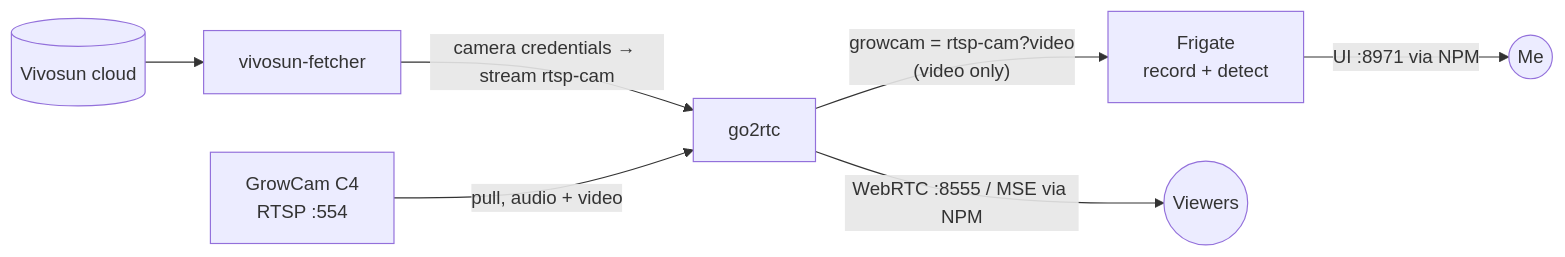
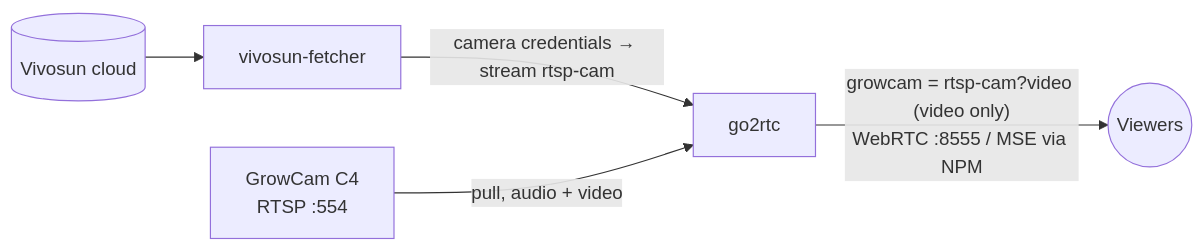
The diagram in stacks/camera/README.md (iGridZ/homelab), drawn with Mermaid before and after one commit. The commit also changed other lines of this file and 6 other files, not shown here.

First line of the commit message:
chore(camera): remove Frigate, go2rtc stays as viewer

````diff
--- a/stacks/camera/README.md
+++ b/stacks/camera/README.md
@@ -12,9 +12,7 @@
 ```mermaid
 flowchart LR
     vivo[(Vivosun cloud)] --> fetch[vivosun-fetcher]
     fetch -- "camera credentials → stream rtsp-cam" --> g2r[go2rtc]
     cam[GrowCam C4<br/>RTSP :554] -->|pull, audio + video| g2r
-    g2r -- "growcam = rtsp-cam?video<br/>(video only)" --> frig[Frigate<br/>record + detect]
-    g2r -- "WebRTC :8555 / MSE via NPM" --> friends((Viewers))
-    frig -- "UI :8971 via NPM" --> me((Me))
+    g2r -- "growcam = rtsp-cam?video (video only)<br/>WebRTC :8555 / MSE via NPM" --> friends((Viewers))
 ```
````
